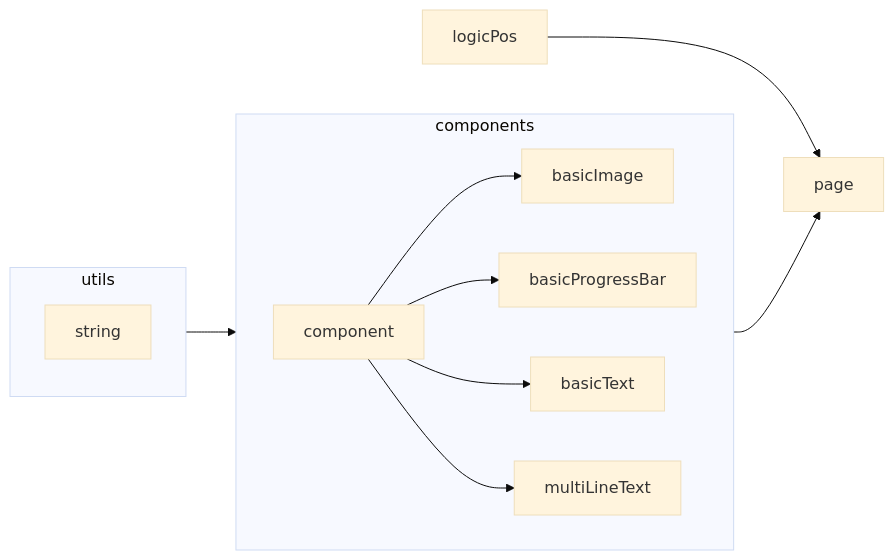
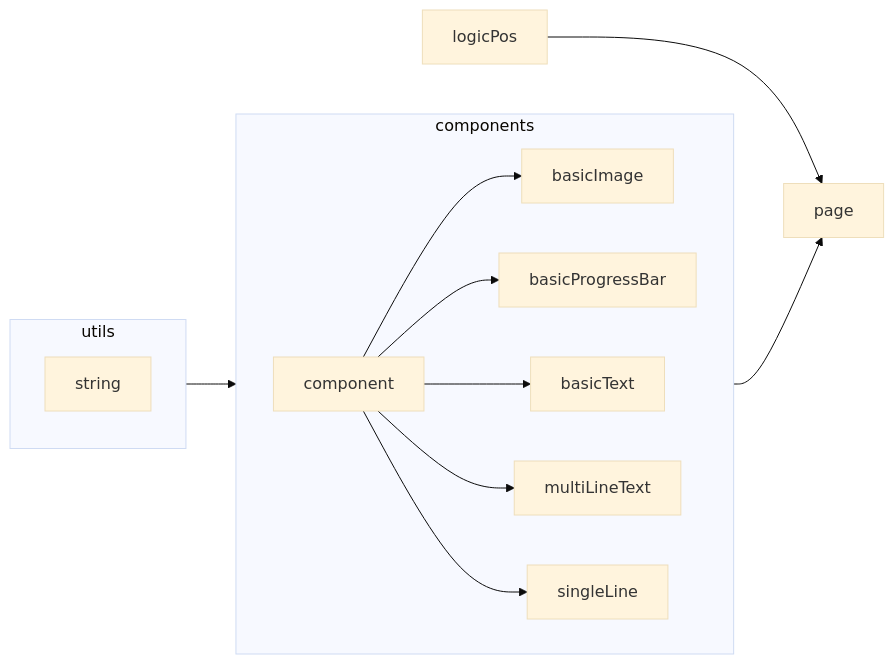
Before and after one commit to jimmy-sketch/chen_cppcguilib: the diagram in README.md, drawn with Mermaid (base theme). The commit also changed other lines of this file, not shown here.

`````diff
--- a/README.md
+++ b/README.md
@@ -15,18 +17,19 @@
 ````mermaid 
 graph LR
     subgraph utils
         string
     end
     utils --> components
 
     subgraph components
         direction LR
         component --> basicImage
         component --> basicProgressBar
         component --> basicText
         component --> multiLineText
+        component --> singleLine
     end
 
     components --> page
     logicPos --> page
 ````
`````
